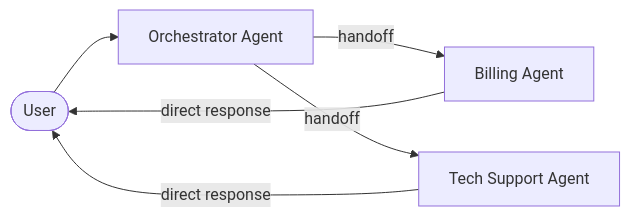
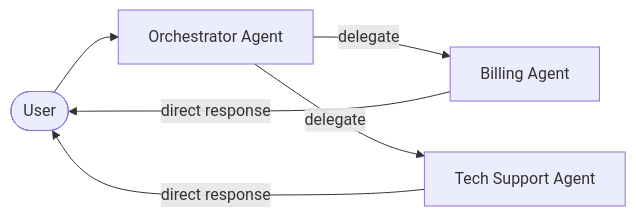
Before and after one commit to strands-agents/sdk-python: the second of 2 diagrams in site/src/content/docs/user-guide/concepts/multi-agent/agents-as-tools.mdx, drawn with Mermaid. The commit also changed other lines of this file and 14 other files, not shown here.

Commit message:
feat: rename directReturn and handoff to delegate

````diff
--- a/site/src/content/docs/user-guide/concepts/multi-agent/agents-as-tools.mdx
+++ b/site/src/content/docs/user-guide/concepts/multi-agent/agents-as-tools.mdx
@@ -343,8 +343,8 @@
 ```mermaid
 flowchart LR
     User([User]) --> Orchestrator["Orchestrator Agent"]
-    Orchestrator -->|handoff| Billing["Billing Agent"]
-    Orchestrator -->|handoff| TechSupport["Tech Support Agent"]
+    Orchestrator -->|delegate| Billing["Billing Agent"]
+    Orchestrator -->|delegate| TechSupport["Tech Support Agent"]
     Billing -->|direct response| User
     TechSupport -->|direct response| User
 ```
````
